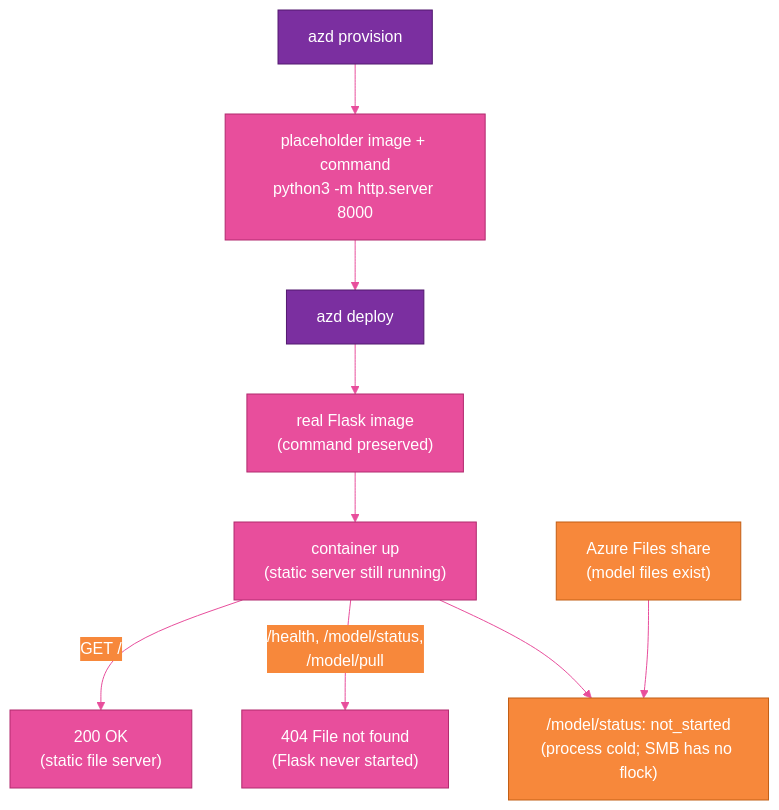
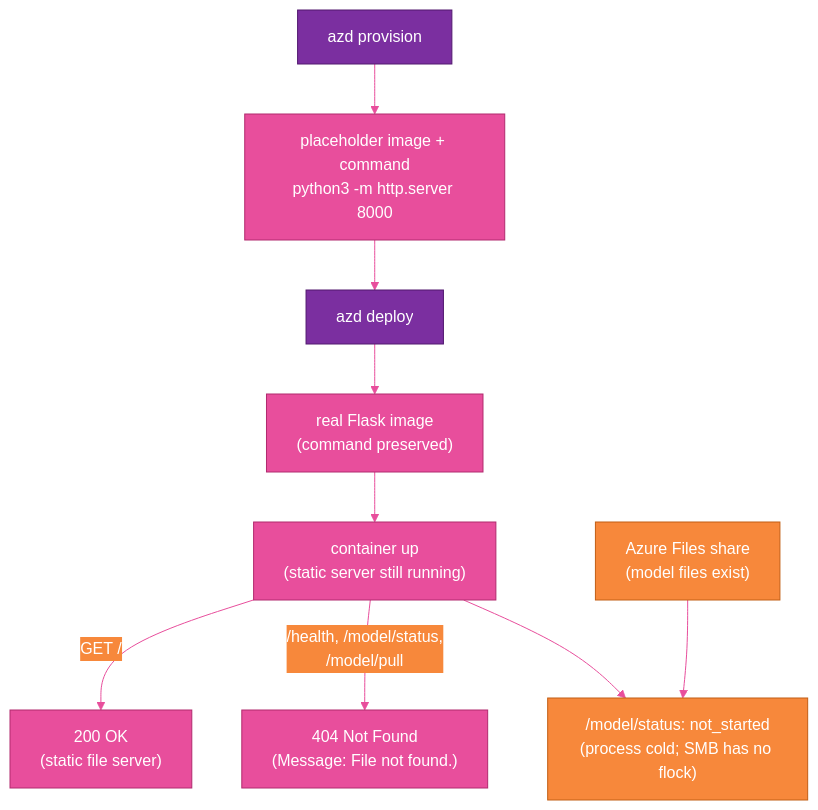
Before and after one commit to dfberry/dfberry.github.io: the second of 12 diagrams in website/blog/2026-07-07-surprises-self-hosting-image-model.md, drawn with Mermaid. The commit also changed other lines of this file, not shown here.

Commit message:
Apply Learn/fact-check corrections: 404 fingerprint, model size, VAE API, ACA command caveat, Dedicated profile

````diff
--- a/website/blog/2026-07-07-surprises-self-hosting-image-model.md
+++ b/website/blog/2026-07-07-surprises-self-hosting-image-model.md
@@ -57,19 +57,19 @@
 ```mermaid
 %%{init: {'theme':'base', 'themeVariables': {'primaryColor':'#7B2FA0','primaryTextColor':'#FFFFFF','primaryBorderColor':'#52186F','lineColor':'#E84E9C','edgeLabelBackground':'#F7883B','fontFamily':'inherit'}}}%%
 flowchart TD
     Provision["azd provision"] --> Placeholder["placeholder image + command<br/>python3 -m http.server 8000"]
     Placeholder --> Deploy["azd deploy"]
     Deploy --> RealImage["real Flask image<br/>(command preserved)"]
     RealImage --> Running["container up<br/>(static server still running)"]
     Running -- "GET /" --> Root["200 OK<br/>(static file server)"]
-    Running -- "/health, /model/status,<br/>/model/pull" --> Missing["404 File not found<br/>(Flask never started)"]
+    Running -- "/health, /model/status,<br/>/model/pull" --> Missing["404 Not Found<br/>(Message: File not found.)"]
     Files["Azure Files share<br/>(model files exist)"] --> Status["/model/status: not_started<br/>(process cold; SMB has no flock)"]
     Running --> Status
 
     classDef purple fill:#7B2FA0,stroke:#52186F,color:#FFFFFF;
     classDef pink fill:#E84E9C,stroke:#B12A6E,color:#FFFFFF;
     classDef orange fill:#F7883B,stroke:#C25E15,color:#FFFFFF;
     class Provision,Deploy purple;
     class Placeholder,RealImage,Running,Root,Missing pink;
     class Files,Status orange;
 ```
````
